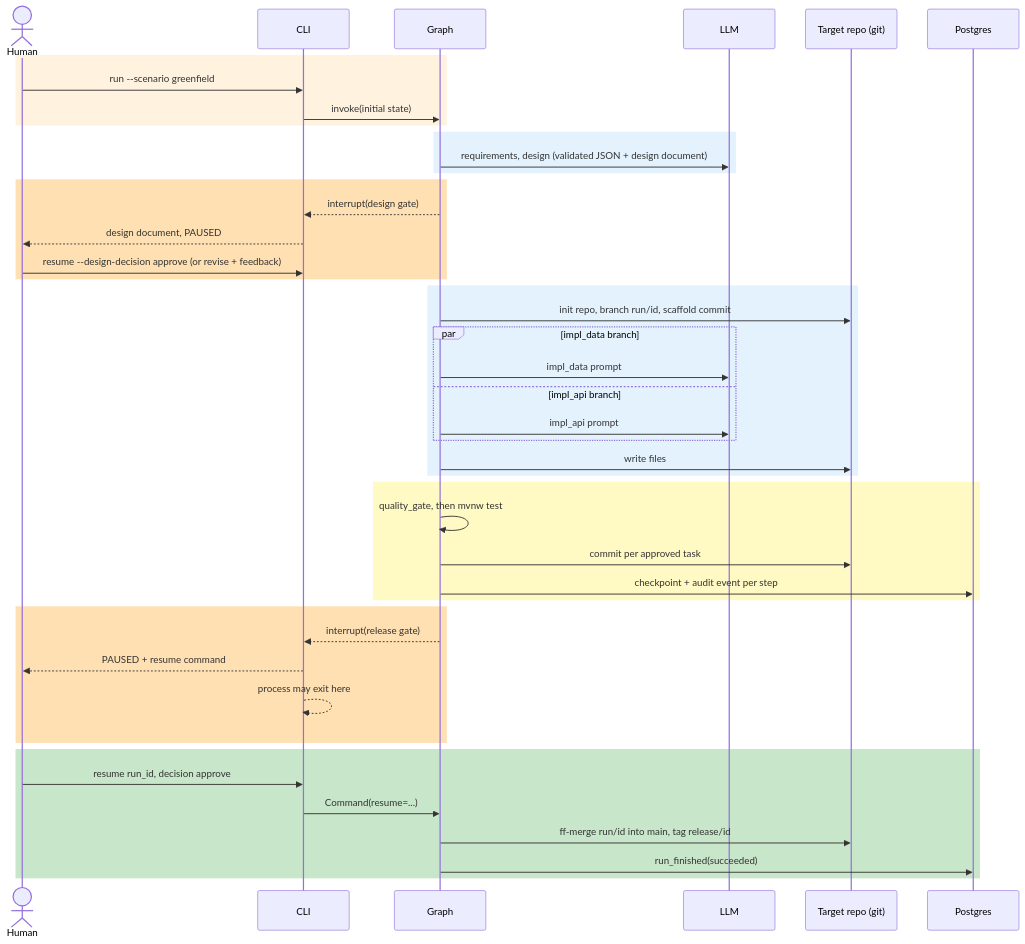
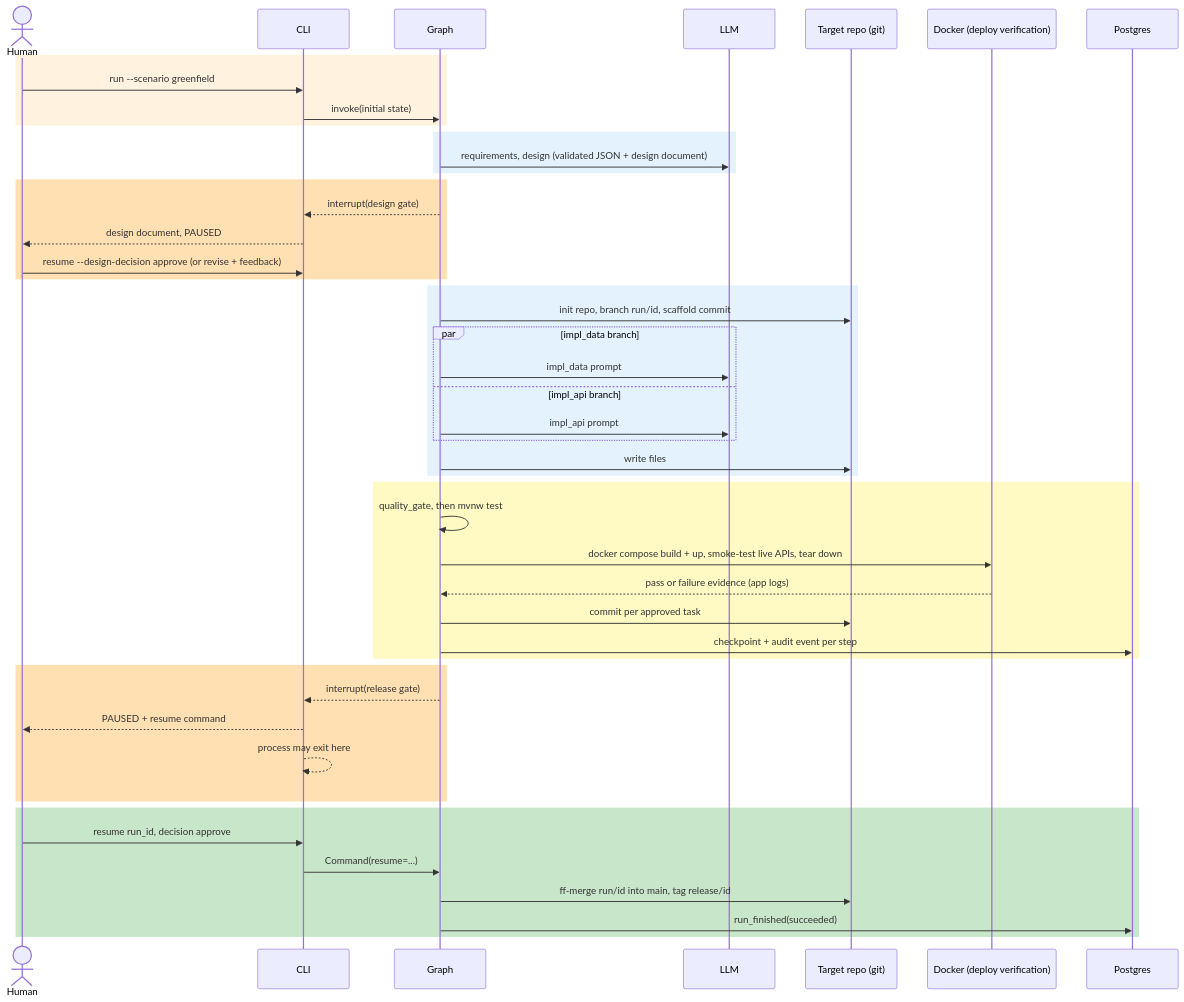
The third of 5 diagrams in README.md (ajayrahul11/agentic-sdlc-system), drawn with Mermaid before and after one commit. The commit also changed other lines of this file and 6 other files, not shown here.

````diff
--- a/README.md
+++ b/README.md
@@ -288,46 +429,49 @@
 ```mermaid
 sequenceDiagram
     actor H as Human
     participant C as CLI
     participant G as Graph
     participant L as LLM
     participant R as Target repo (git)
+    participant K as Docker (deploy verification)
     participant DB as Postgres
     rect rgb(255, 243, 224)
     H->>C: run --scenario greenfield
     C->>G: invoke(initial state)
     end
     rect rgb(227, 242, 253)
     G->>L: requirements, design (validated JSON + design document)
     end
     rect rgb(255, 224, 178)
     G-->>C: interrupt(design gate)
     C-->>H: design document, PAUSED
     H->>C: resume --design-decision approve (or revise + feedback)
     end
     rect rgb(227, 242, 253)
     G->>R: init repo, branch run/id, scaffold commit
     par impl_data branch
         G->>L: impl_data prompt
     and impl_api branch
         G->>L: impl_api prompt
     end
     G->>R: write files
     end
     rect rgb(255, 249, 196)
     G->>G: quality_gate, then mvnw test
+    G->>K: docker compose build + up, smoke-test live APIs, tear down
+    K-->>G: pass or failure evidence (app logs)
     G->>R: commit per approved task
     G->>DB: checkpoint + audit event per step
     end
     rect rgb(255, 224, 178)
     G-->>C: interrupt(release gate)
     C-->>H: PAUSED + resume command
     C-->>C: process may exit here
     end
     rect rgb(200, 230, 201)
     H->>C: resume run_id, decision approve
     C->>G: Command(resume=...)
     G->>R: ff-merge run/id into main, tag release/id
     G->>DB: run_finished(succeeded)
     end
 ```
````
